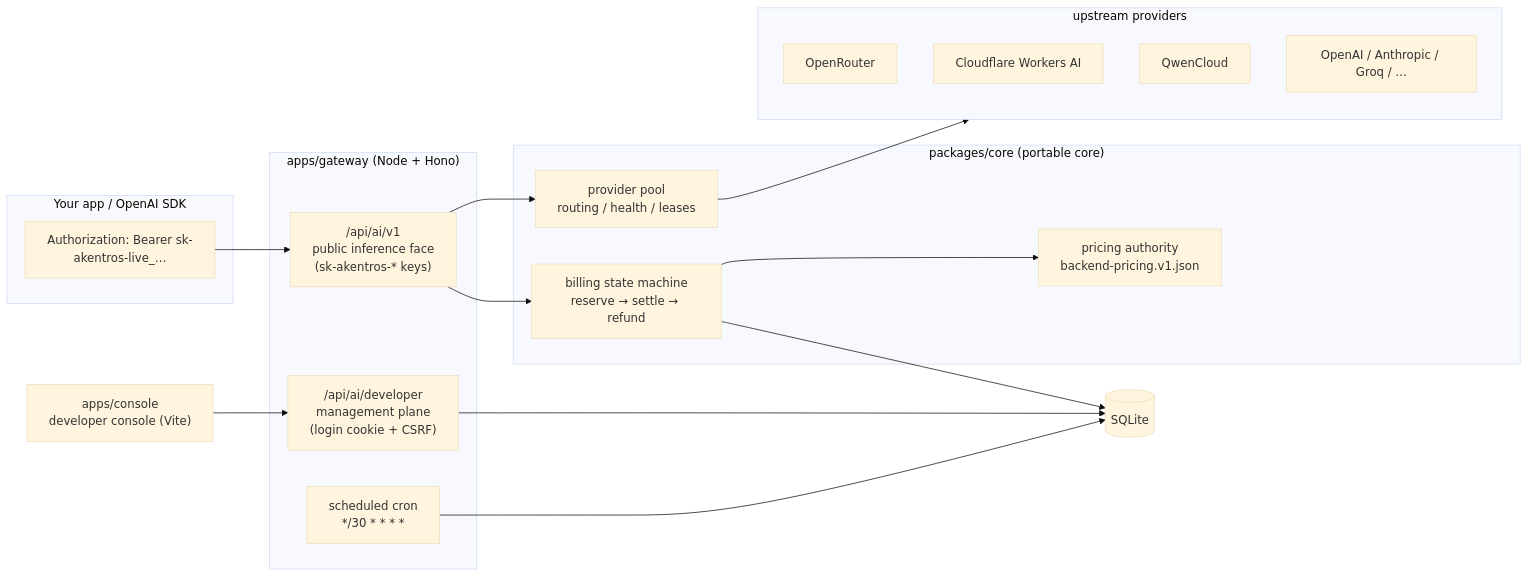
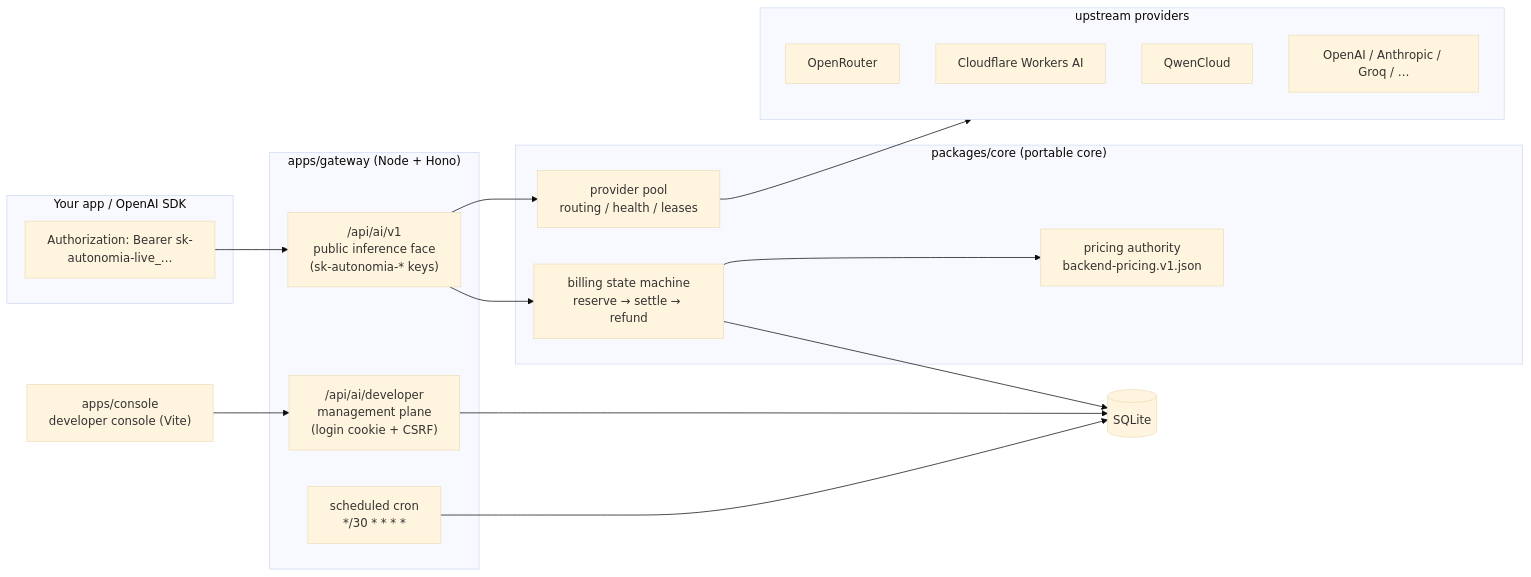
The diagram in README.en.md (PrimordialSpirit-SANS/Autonomia), drawn with Mermaid (base theme) before and after one commit. The commit also changed other lines of this file and 214 other files, not shown here.

Commit message:
chore(brand): rename Akentros → Autonomia across codebase, docs, and console assets

````diff
--- a/README.en.md
+++ b/README.en.md
@@ -64,30 +64,30 @@
 ```mermaid
 flowchart LR
     subgraph client["Your app / OpenAI SDK"]
-        A["Authorization: Bearer sk-akentros-live_…"]
+        A["Authorization: Bearer sk-autonomia-live_…"]
     end
     subgraph worker["apps/gateway (Node + Hono)"]
-        P["/api/ai/v1\npublic inference face\n(sk-akentros-* keys)"]
+        P["/api/ai/v1\npublic inference face\n(sk-autonomia-* keys)"]
         D["/api/ai/developer\nmanagement plane\n(login cookie + CSRF)"]
         S["scheduled cron\n*/30 * * * *"]
     end
     subgraph core["packages/core (portable core)"]
         B["billing state machine\nreserve → settle → refund"]
         R["provider pool\nrouting / health / leases"]
         PR["pricing authority\nbackend-pricing.v1.json"]
     end
     DB[("SQLite")]
     subgraph providers["upstream providers"]
         P1["OpenRouter"]
         P2["Cloudflare Workers AI"]
         P3["QwenCloud"]
         P4["OpenAI / Anthropic / Groq / …"]
     end
     C["apps/console\ndeveloper console (Vite)"] --> D
     A --> P
     P --> B --> DB
     P --> R --> providers
     B --> PR
     D --> DB
     S --> DB
 ```
````
